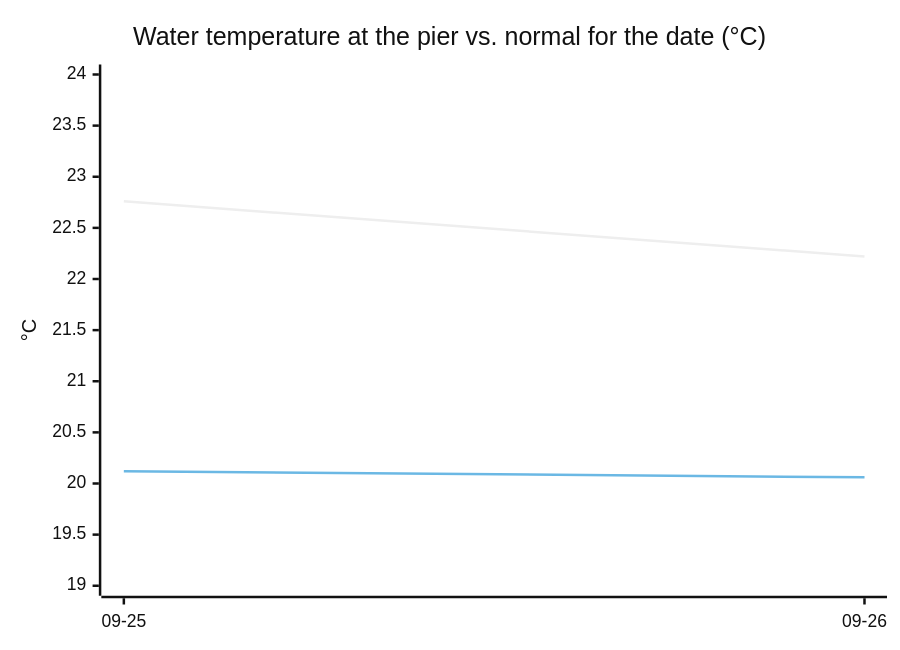
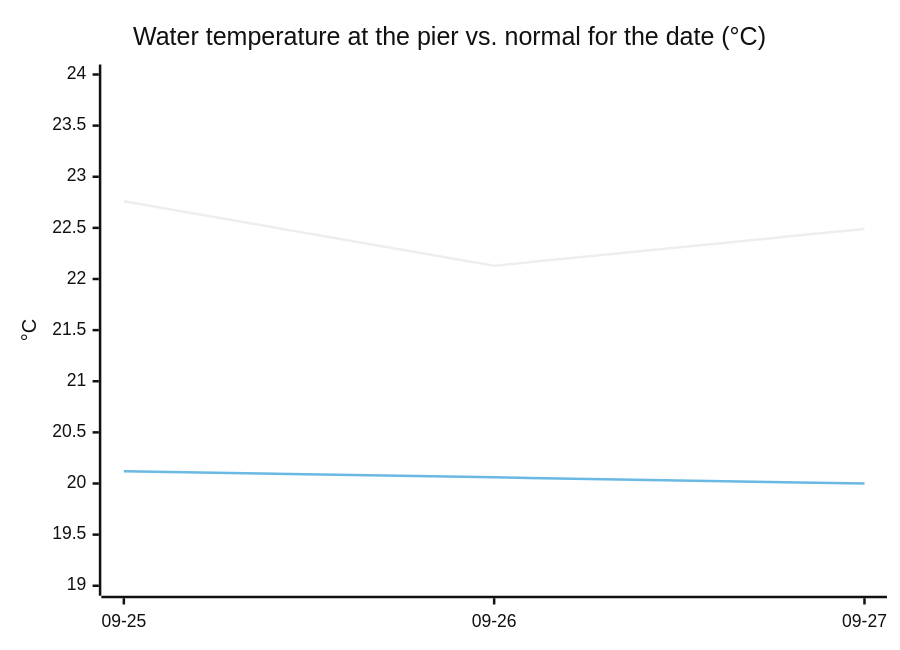
Before and after one commit to joshuafrommeyer-35/PierTracker: the third of 4 diagrams in README.md, drawn with Mermaid (neutral theme). The commit also changed other lines of this file and 7 other files, not shown here.

````diff
--- a/README.md
+++ b/README.md
@@ -129,8 +135,8 @@
 ```mermaid
 xychart-beta
     title "Water temperature at the pier vs. normal for the date (°C)"
-    x-axis ["09-25", "09-26"]
+    x-axis ["09-25", "09-26", "09-27"]
     y-axis "°C" 19 --> 24
-    line [22.76, 22.22]
-    line [20.12, 20.06]
+    line [22.76, 22.13, 22.49]
+    line [20.12, 20.06, 20.0]
 ```
````
